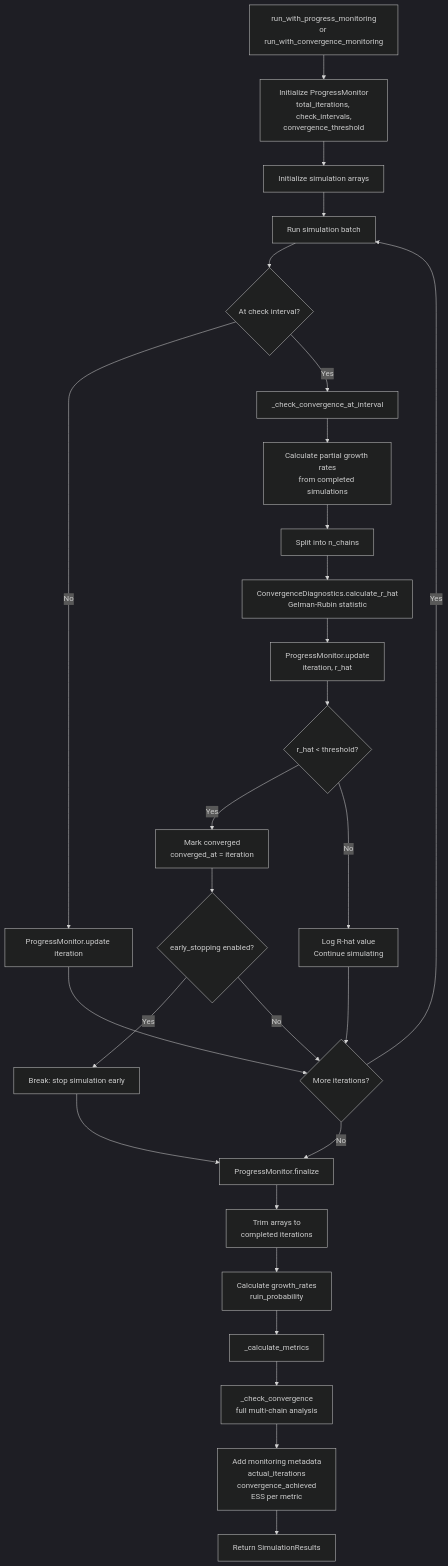
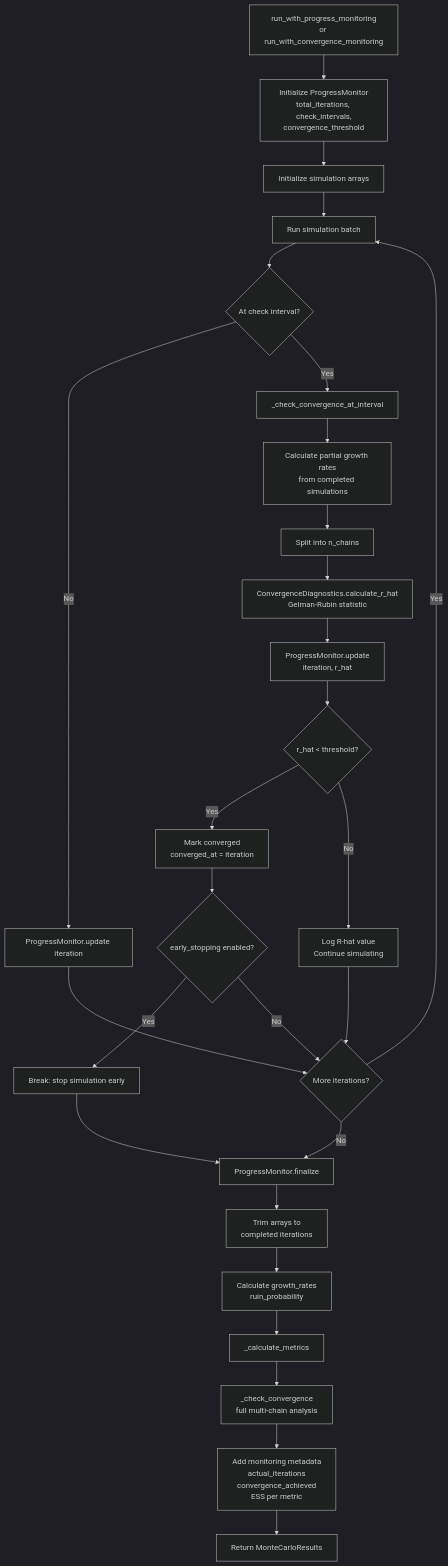
One commit to AlexFiliakov/Ergodic-Insurance-Limits changed the sixth of 8 diagrams in ergodic_insurance/docs/architecture/monte_carlo_architecture.md. Above: the diagram before and after it, drawn with Mermaid (dark theme). The commit also changed other lines of this file and 105 other files, not shown here.

First line of the commit message:
feat!: API cleanup — rename SimulationResults, deprecate InsurancePolicy, and fix validation (#579)

````diff
--- a/ergodic_insurance/docs/architecture/monte_carlo_architecture.md
+++ b/ergodic_insurance/docs/architecture/monte_carlo_architecture.md
@@ -458,42 +458,42 @@
 ```{mermaid}
 flowchart TD
     A[run_with_progress_monitoring<br>or run_with_convergence_monitoring] --> B[Initialize ProgressMonitor<br>total_iterations, check_intervals,<br>convergence_threshold]
 
     B --> C[Initialize simulation arrays]
 
     C --> D[Run simulation batch]
 
     D --> E{At check interval?}
 
     E -- No --> F[ProgressMonitor.update iteration]
     F --> G{More iterations?}
     G -- Yes --> D
     G -- No --> L
 
     E -- Yes --> H[_check_convergence_at_interval]
 
     H --> I[Calculate partial growth rates<br>from completed simulations]
     I --> J[Split into n_chains]
     J --> K[ConvergenceDiagnostics.calculate_r_hat<br>Gelman-Rubin statistic]
 
     K --> M[ProgressMonitor.update<br>iteration, r_hat]
 
     M --> N{r_hat < threshold?}
 
     N -- Yes --> O[Mark converged<br>converged_at = iteration]
     O --> P{early_stopping enabled?}
     P -- Yes --> Q[Break: stop simulation early]
     P -- No --> G
 
     N -- No --> R[Log R-hat value<br>Continue simulating]
     R --> G
 
     Q --> L[ProgressMonitor.finalize]
     L --> S[Trim arrays to<br>completed iterations]
     S --> T[Calculate growth_rates<br>ruin_probability]
     T --> U[_calculate_metrics]
     U --> V[_check_convergence<br>full multi-chain analysis]
 
     V --> W[Add monitoring metadata<br>actual_iterations<br>convergence_achieved<br>ESS per metric]
-    W --> X[Return SimulationResults]
+    W --> X[Return MonteCarloResults]
 ```
````
